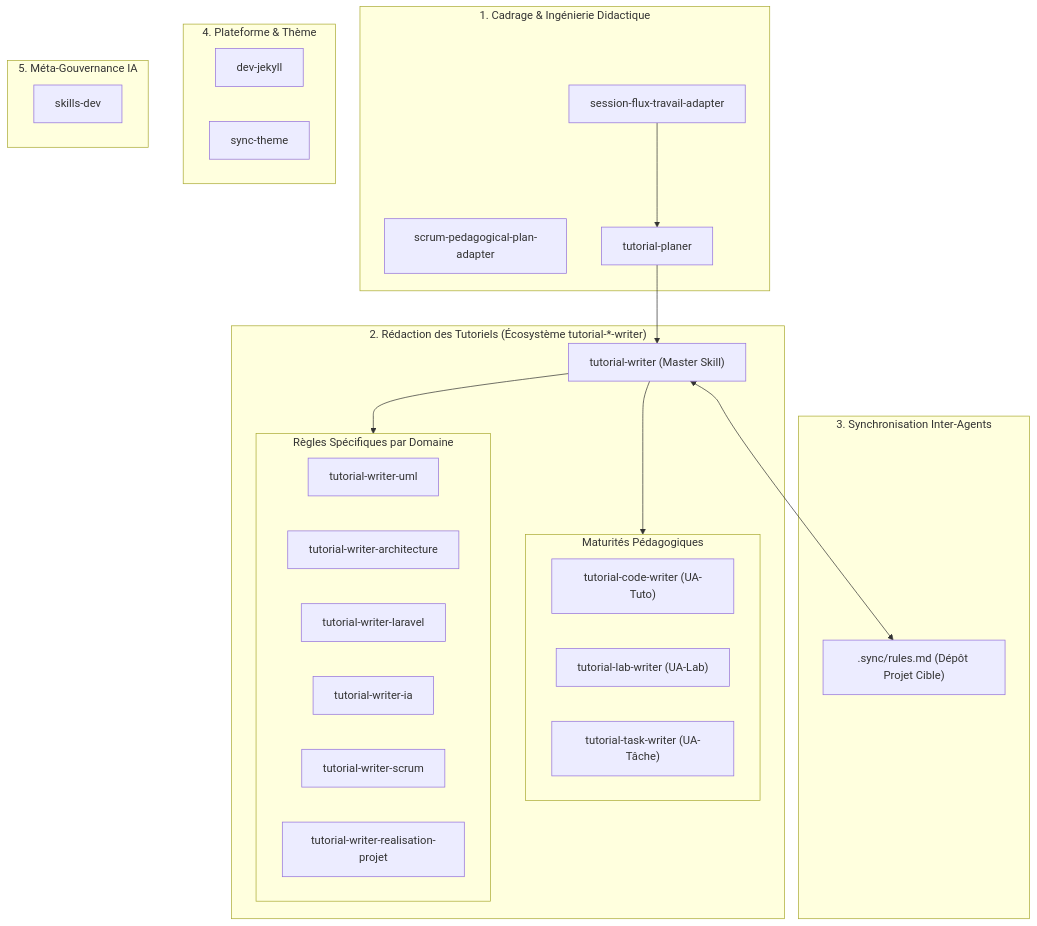
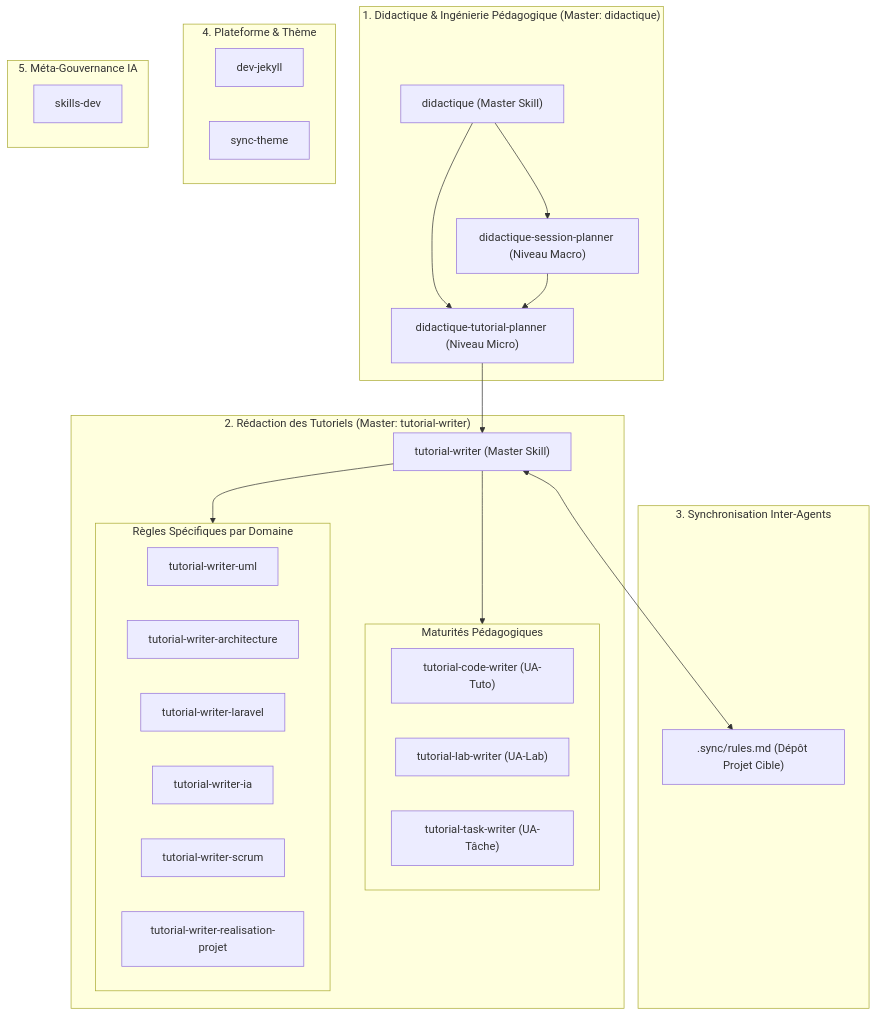
The diagram in .agents/README.md (solicode-web-mobile/autoformations-professionaliser), drawn with Mermaid before and after one commit. The commit also changed other lines of this file and 18 other files, not shown here.

````diff
--- a/.agents/README.md
+++ b/.agents/README.md
@@ -11,44 +11,46 @@
 ```mermaid
 flowchart TD
-    subgraph Cadrage ["1. Cadrage & Ingénierie Didactique"]
-        Adapter["session-flux-travail-adapter"]
-        Scrum["scrum-pedagogical-plan-adapter"]
-        Planer["tutorial-planer"]
+    subgraph Didactique ["1. Didactique & Ingénierie Pédagogique (Master: didactique)"]
+        MasterDidactique["didactique (Master Skill)"]
+        MacroSession["didactique-session-planner (Niveau Macro)"]
+        MicroTuto["didactique-tutorial-planner (Niveau Micro)"]
+        MasterDidactique --> MacroSession
+        MasterDidactique --> MicroTuto
     end
 
-    subgraph Redaction ["2. Rédaction des Tutoriels (Écosystème tutorial-*-writer)"]
-        Master["tutorial-writer (Master Skill)"]
+    subgraph Redaction ["2. Rédaction des Tutoriels (Master: tutorial-writer)"]
+        MasterWriter["tutorial-writer (Master Skill)"]
         subgraph Formats ["Maturités Pédagogiques"]
             Code["tutorial-code-writer (UA-Tuto)"]
             Lab["tutorial-lab-writer (UA-Lab)"]
             Task["tutorial-task-writer (UA-Tâche)"]
         end
         subgraph Domaines ["Règles Spécifiques par Domaine"]
             DomUml["tutorial-writer-uml"]
             DomArch["tutorial-writer-architecture"]
             DomLar["tutorial-writer-laravel"]
             DomIA["tutorial-writer-ia"]
             DomScrum["tutorial-writer-scrum"]
             DomProj["tutorial-writer-realisation-projet"]
         end
     end
 
     subgraph Synchronisation ["3. Synchronisation Inter-Agents"]
         SyncRules[".sync/rules.md (Dépôt Projet Cible)"]
     end
 
     subgraph Socle ["4. Plateforme & Thème"]
         Jekyll["dev-jekyll"]
         Theme["sync-theme"]
     end
 
     subgraph Gouvernance ["5. Méta-Gouvernance IA"]
         PluginDev["skills-dev"]
     end
 
-    Adapter --> Planer
-    Planer --> Master
-    Master --> Formats
-    Master --> Domaines
-    Master <--> SyncRules
+    MacroSession --> MicroTuto
+    MicroTuto --> MasterWriter
+    MasterWriter --> Formats
+    MasterWriter --> Domaines
+    MasterWriter <--> SyncRules
 ```
````
